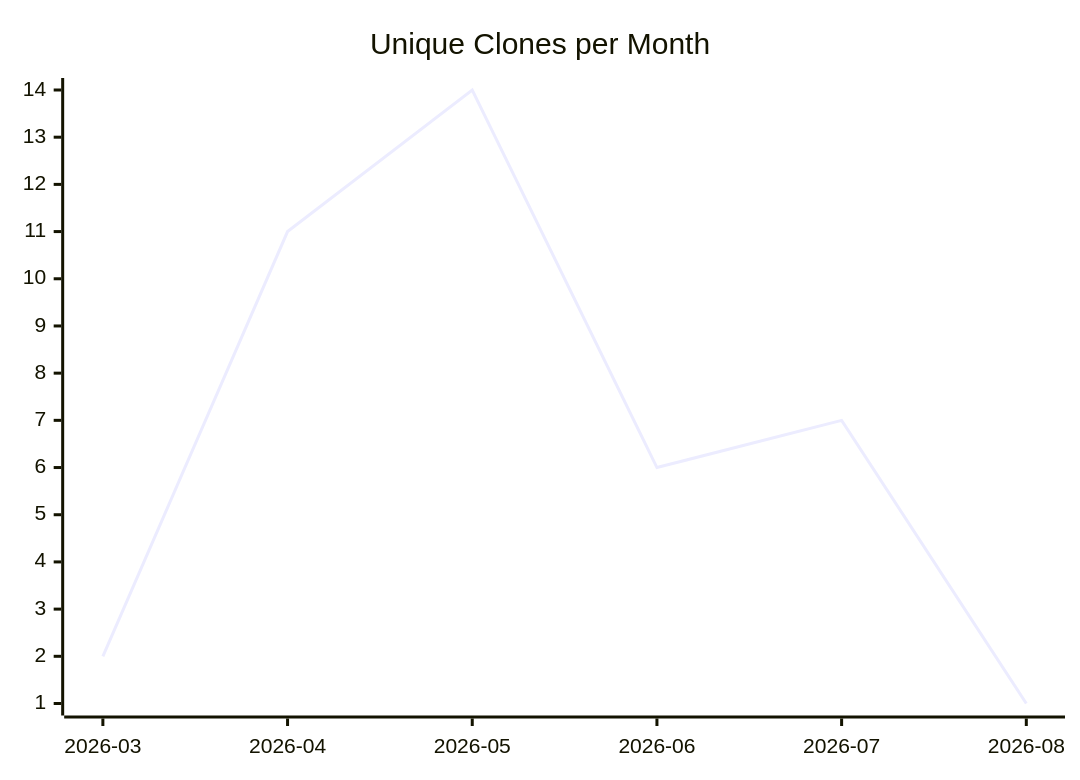
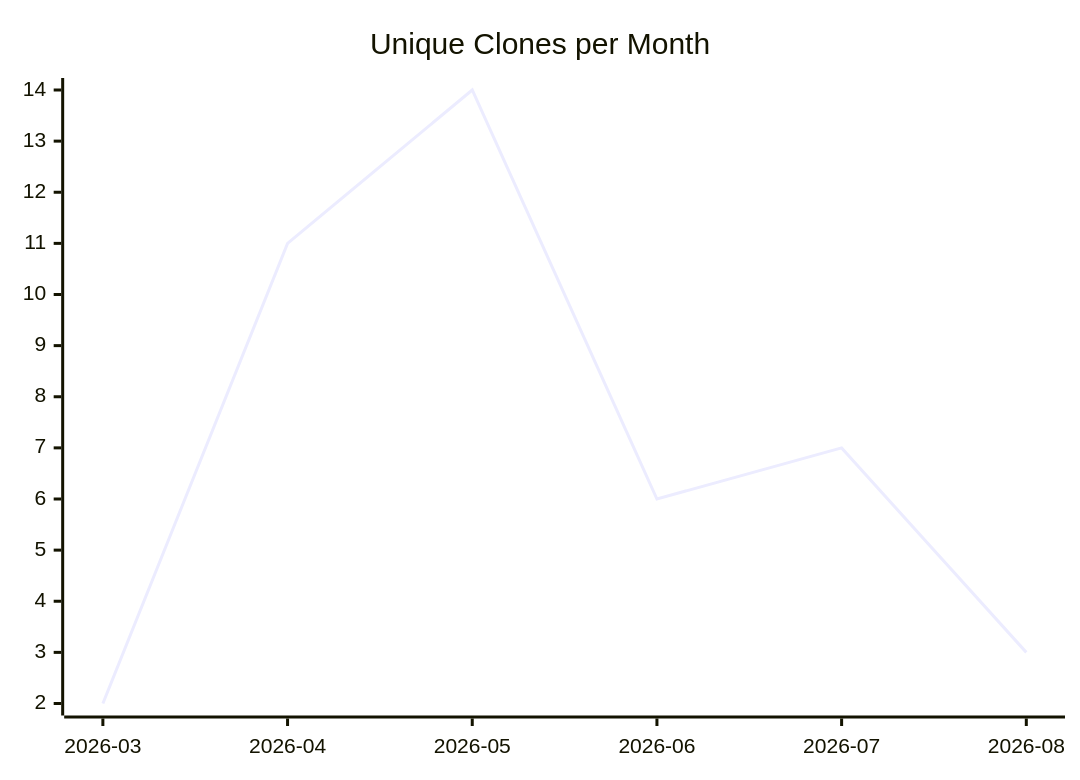
One commit to justdavis-family/github-analytics-data changed the third of 3 diagrams in karlmdavis/m2e-core/README.md. Above: the diagram before and after it, drawn with Mermaid. The commit also changed other lines of this file and 156 other files, not shown here.

````diff
--- a/karlmdavis/m2e-core/README.md
+++ b/karlmdavis/m2e-core/README.md
@@ -19,6 +19,6 @@
 ```mermaid
 xychart-beta
   title "Unique Clones per Month"
   x-axis ["2026-03", "2026-04", "2026-05", "2026-06", "2026-07", "2026-08"]
-  line [2, 11, 14, 6, 7, 1]
+  line [2, 11, 14, 6, 7, 3]
 ```
````
